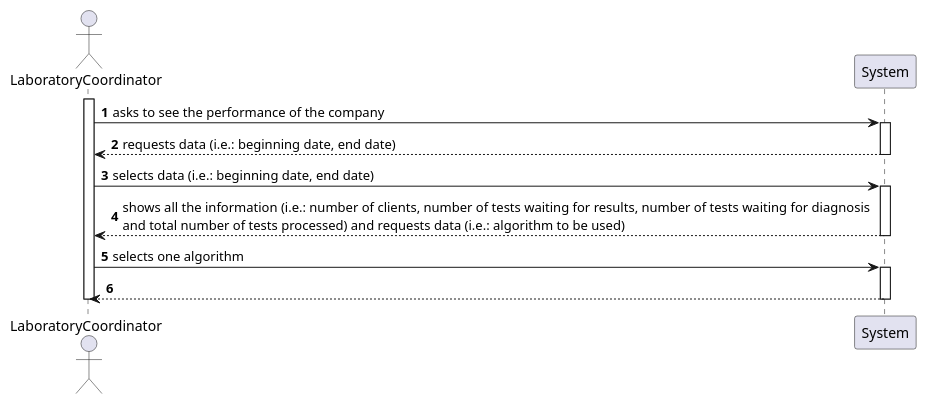
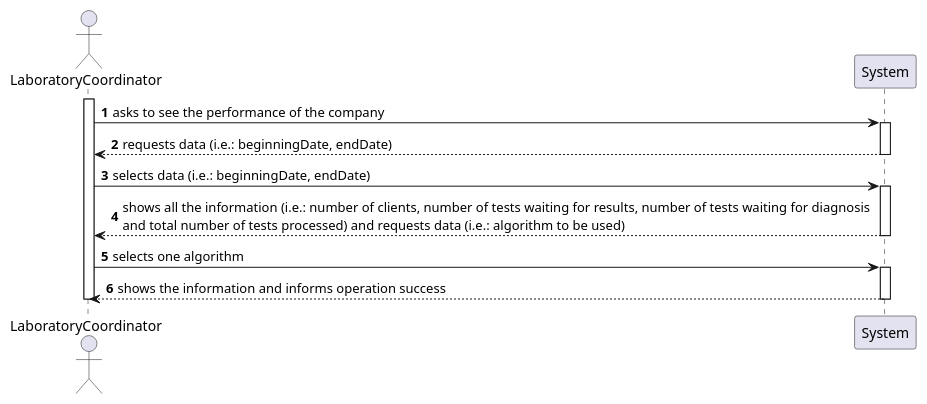
One commit to 0franciscor/lei-21-s2-1de-g19 changed the diagram in docs/SprintD/US16/US16-SSD.puml. Above: the diagram before and after it, drawn with PlantUML. The commit also changed 9 other files, not shown here.

```diff
--- a/docs/SprintD/US16/US16-SSD.puml
+++ b/docs/SprintD/US16/US16-SSD.puml
@@ -1,17 +1,17 @@
 @startuml
 'https://plantuml.com/sequence-diagram
 
 autonumber
 
 actor LaboratoryCoordinator as LC
 
 activate LC
 LC -> System ++: asks to see the performance of the company
-System --> LC --: requests data (i.e.: beginning date, end date)
-LC -> System ++: selects data (i.e.: beginning date, end date)
+System --> LC --: requests data (i.e.: beginningDate, endDate)
+LC -> System ++: selects data (i.e.: beginningDate, endDate)
 System --> LC --: shows all the information (i.e.: number of clients, number of tests waiting for results, number of tests waiting for diagnosis \nand total number of tests processed) and requests data (i.e.: algorithm to be used)
 LC -> System ++: selects one algorithm
-System --> LC --:
+System --> LC --: shows the information and informs operation success
 deactivate LC
 
 @enduml
```
